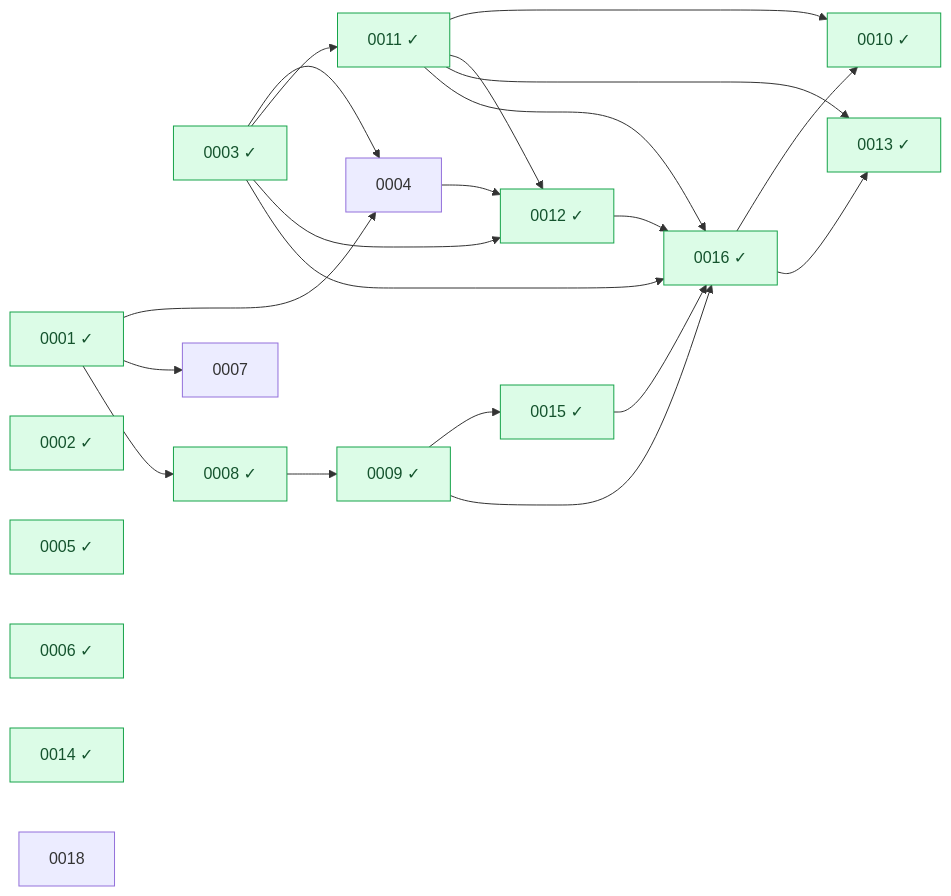
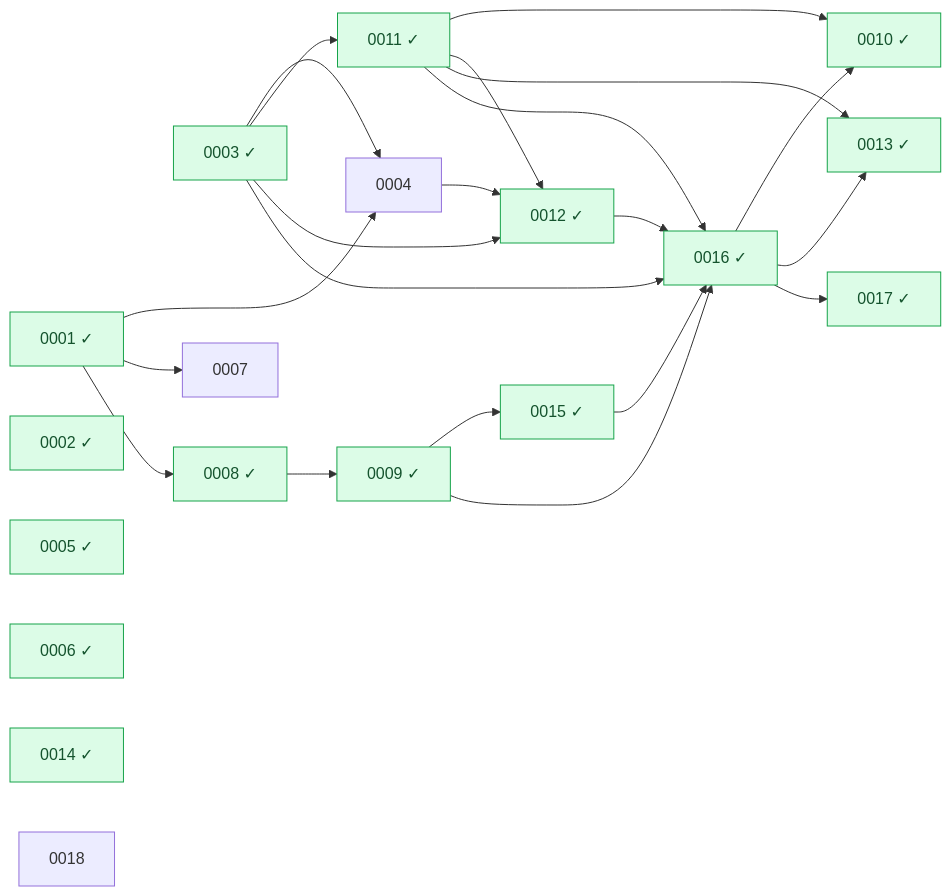
The diagram in docs/rfcs/README.md (Heva-Co/piro), drawn with Mermaid before and after one commit. The commit also changed other lines of this file and 1 other file, not shown here.

Commit message:
docs(rfc): add front-matter to RFC 0017 and reindex
RFC 0017 landed in #232 without YAML front-matter, so scripts/rfc-index.mjs
skipped it and the "Check index is up to date" job fails on main. Add the
front-matter the other RFCs carry and regenerate the index.

````diff
--- a/docs/rfcs/README.md
+++ b/docs/rfcs/README.md
@@ -41,54 +42,57 @@
 ```mermaid
 graph LR
   n0001["0001 ✓"]
   n0002["0002 ✓"]
   n0003["0003 ✓"]
   n0004["0004"]
   n0005["0005 ✓"]
   n0006["0006 ✓"]
   n0007["0007"]
   n0008["0008 ✓"]
   n0009["0009 ✓"]
   n0010["0010 ✓"]
   n0011["0011 ✓"]
   n0012["0012 ✓"]
   n0013["0013 ✓"]
   n0014["0014 ✓"]
   n0015["0015 ✓"]
   n0016["0016 ✓"]
+  n0017["0017 ✓"]
   n0018["0018"]
   n0001 --> n0004
   n0003 --> n0004
   n0001 --> n0007
   n0001 --> n0008
   n0008 --> n0009
   n0011 --> n0010
   n0016 --> n0010
   n0003 --> n0011
   n0003 --> n0012
   n0004 --> n0012
   n0011 --> n0012
   n0011 --> n0013
   n0016 --> n0013
   n0009 --> n0015
   n0003 --> n0016
   n0009 --> n0016
   n0011 --> n0016
   n0012 --> n0016
   n0015 --> n0016
+  n0016 --> n0017
   classDef done fill:#dcfce7,stroke:#16a34a,color:#14532d;
   class n0001 done;
   class n0002 done;
   class n0003 done;
   class n0005 done;
   class n0006 done;
   class n0008 done;
   class n0009 done;
   class n0010 done;
   class n0011 done;
   class n0012 done;
   class n0013 done;
   class n0014 done;
   class n0015 done;
   class n0016 done;
+  class n0017 done;
 ```
````
